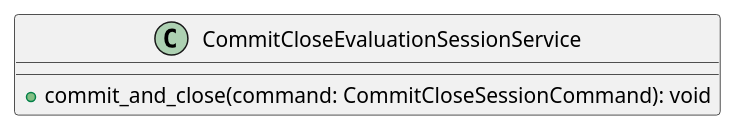
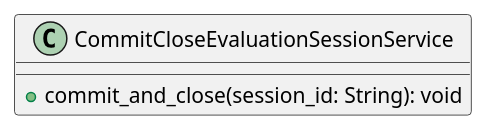
Before and after one commit to GroupRubberDuck/Documentazione: the diagram in src/PB/DocumentazioneEsterna/Specifica_Tecnica/content/uml/puml/Diagrammi_classi/Backend/ApplicationServices/CommitCloseEvaluationSessionService.puml, drawn with PlantUML. The commit also changed 75 other files, not shown here.

Commit message:
Feat: applicate correzioni a tutti i diagrammi con le indicazioni di Cardin, riordino cartella

```diff
--- a/src/PB/DocumentazioneEsterna/Specifica_Tecnica/content/uml/puml/Diagrammi_classi/Backend/ApplicationServices/CommitCloseEvaluationSessionService.puml
+++ b/src/PB/DocumentazioneEsterna/Specifica_Tecnica/content/uml/puml/Diagrammi_classi/Backend/ApplicationServices/CommitCloseEvaluationSessionService.puml
@@ -1,7 +1,7 @@
 @startuml CommitCloseEvaluationSessionService
 
 class CommitCloseEvaluationSessionService {
-    + commit_and_close(command: CommitCloseSessionCommand): void
+    + commit_and_close(session_id: String): void
 }
 
 @enduml
```
